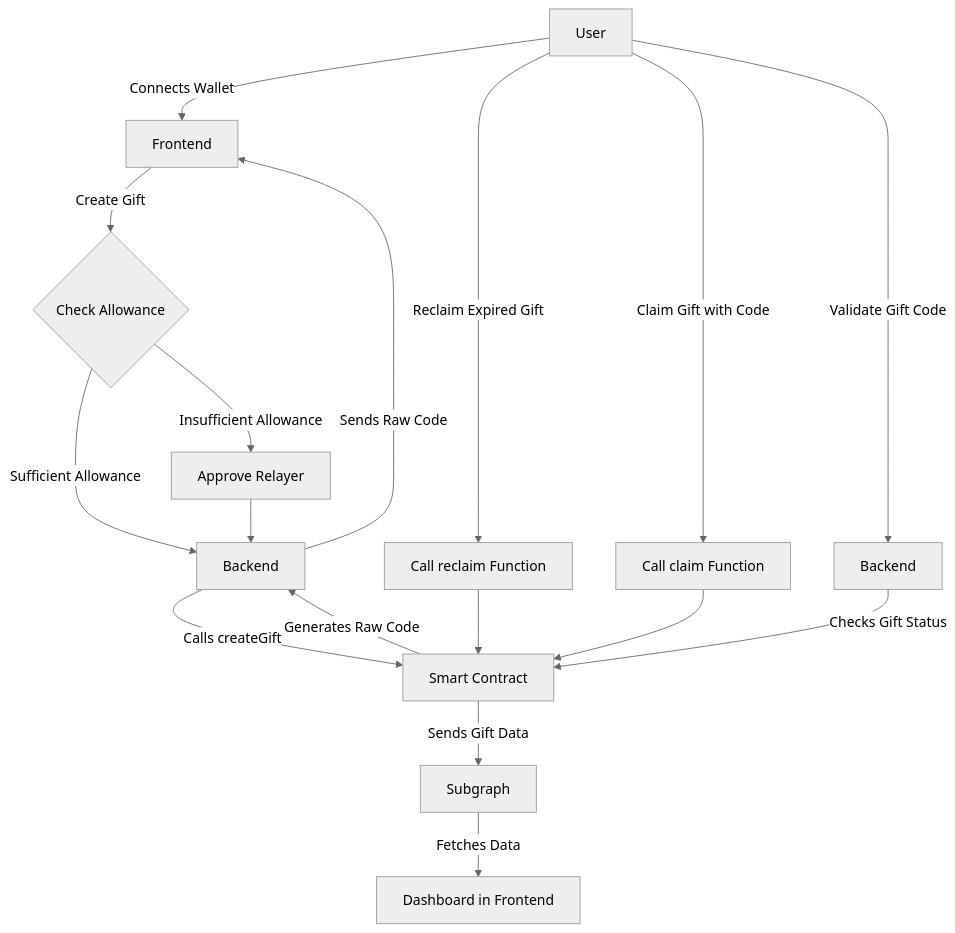
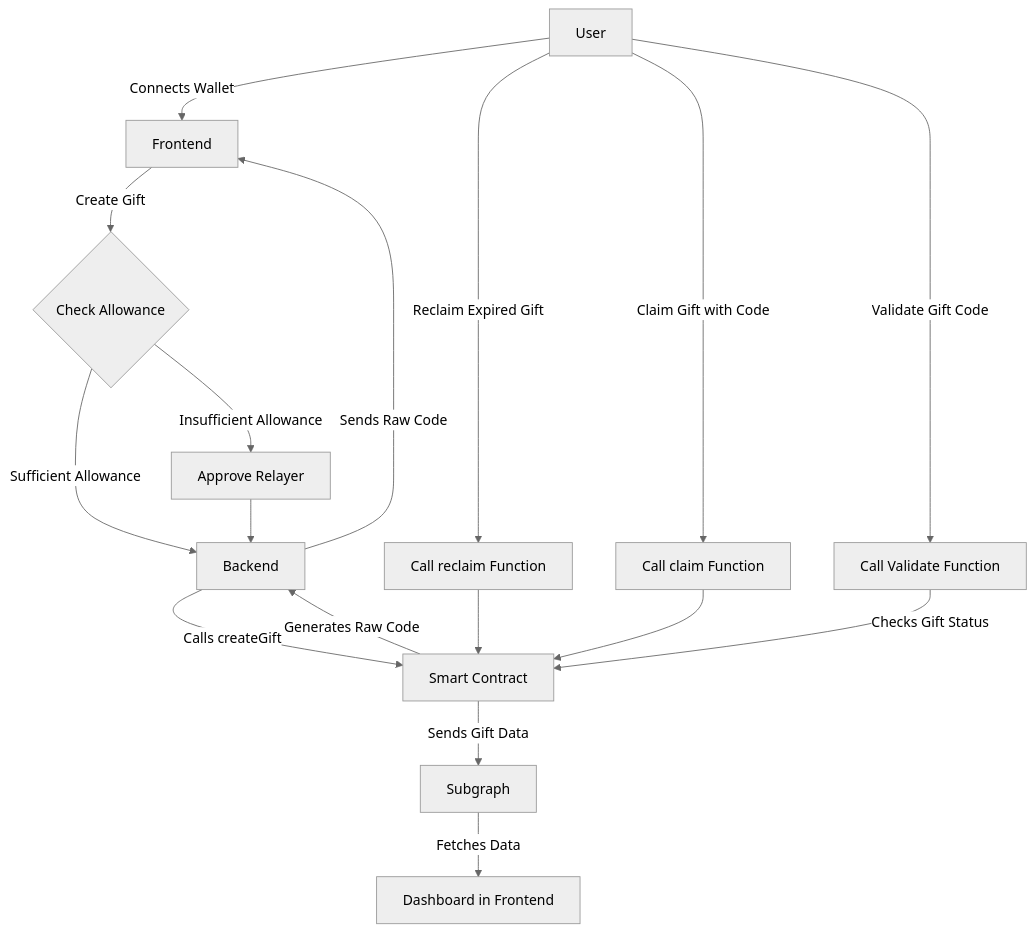
The diagram in README.md (gift-chain/GiftChain), drawn with Mermaid (neutral theme) before and after one commit.

````diff
--- a/README.md
+++ b/README.md
@@ -243,19 +243,19 @@
 ```mermaid
     graph TD
     A[User] -->|Connects Wallet| B[Frontend]
     B -->|Create Gift| C{Check Allowance}
     C -->|Sufficient Allowance| D[Backend]
     C -->|Insufficient Allowance| E[Approve Relayer]
     E --> D
     D -->|Calls createGift| F[Smart Contract]
     F -->|Generates Raw Code| D
     D -->|Sends Raw Code| B
     F -->|Sends Gift Data| G[Subgraph]
     G -->|Fetches Data| H[Dashboard in Frontend]
     A -->|Reclaim Expired Gift| I[Call reclaim Function]
     I --> F
     A -->|Claim Gift with Code| J[Call claim Function]
     J --> F
-    A -->|Validate Gift Code| K[Backend]
+    A -->|Validate Gift Code| K[Call Validate Function]
     K -->|Checks Gift Status| F
 ```
````
